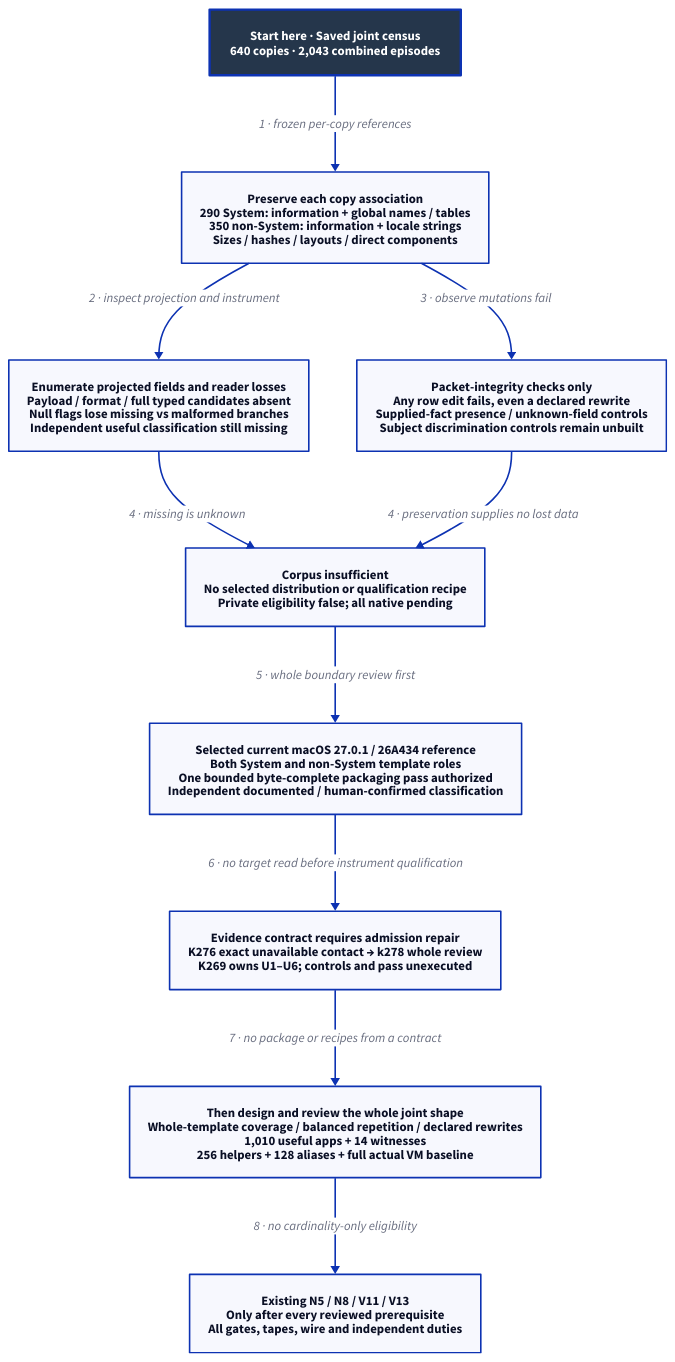
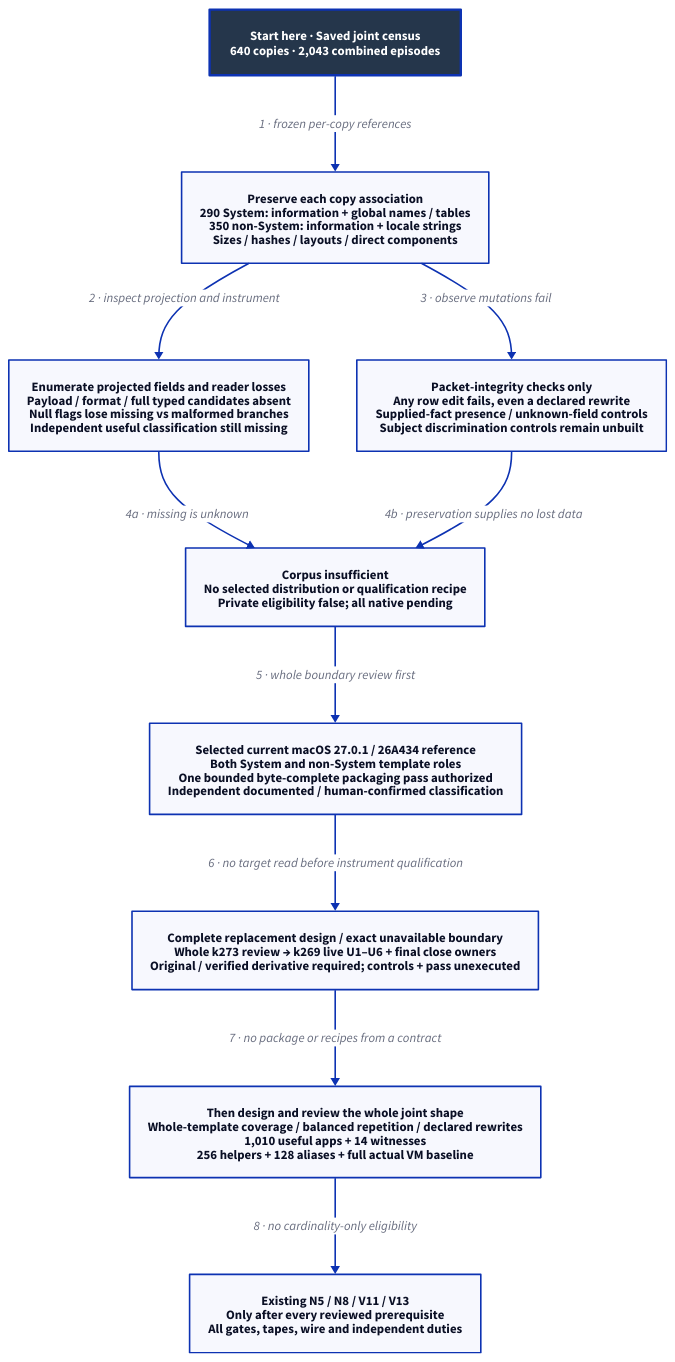
The diagram in docs/design/architecture/native-population-metadata-shape.d2 (Linkuistics/Koine), drawn with D2 before and after one commit. The commit also changed 48 other files, not shown here.

Commit message:
Reconcile complete reference admission design (reference-evidence-admission-reconciliation-k278, reference-evidence-admission-repair-k273)

```diff
--- a/docs/design/architecture/native-population-metadata-shape.d2
+++ b/docs/design/architecture/native-population-metadata-shape.d2
@@ -1,23 +1,23 @@
 # Historical boundary and selected current-reference requirements; no useful subject or native pass.
 direction: down
 classes: {
   start: {style: {fill: "#25364B"; font-color: "#FFFFFF"; bold: true; stroke-width: 3}}
 }
 Start: "Start here · Saved joint census\n640 copies · 2,043 combined episodes" {class: start}
 Known: "Preserve each copy association\n290 System: information + global names / tables\n350 non-System: information + locale strings\nSizes / hashes / layouts / direct components"
 Missing: "Enumerate projected fields and reader losses\nPayload / format / full typed candidates absent\nNull flags lose missing vs malformed branches\nIndependent useful classification still missing"
 Control: "Packet-integrity checks only\nAny row edit fails, even a declared rewrite\nSupplied-fact presence / unknown-field controls\nSubject discrimination controls remain unbuilt"
 Boundary: "Corpus insufficient\nNo selected distribution or qualification recipe\nPrivate eligibility false; all native pending"
 Decision: "Selected current macOS 27.0.1 / 26A434 reference\nBoth System and non-System template roles\nOne bounded byte-complete packaging pass authorized\nIndependent documented / human-confirmed classification"
-Contract: "Evidence contract requires admission repair\nK276 exact unavailable contact → k278 whole review\nK269 owns U1–U6; controls and pass unexecuted"
+Contract: "Complete replacement design / exact unavailable boundary\nWhole k273 review → k269 live U1–U6 + final close owners\nOriginal / verified derivative required; controls + pass unexecuted"
 Design: "Then design and review the whole joint shape\nWhole-template coverage / balanced repetition / declared rewrites\n1,010 useful apps + 14 witnesses\n256 helpers + 128 aliases + full actual VM baseline"
 Native: "Existing N5 / N8 / V11 / V13\nOnly after every reviewed prerequisite\nAll gates, tapes, wire and independent duties"
 Start -> Known: "1 · frozen per-copy references"
 Known -> Missing: "2 · inspect projection and instrument"
 Known -> Control: "3 · observe mutations fail"
-Missing -> Boundary: "4 · missing is unknown"
-Control -> Boundary: "4 · preservation supplies no lost data"
+Missing -> Boundary: "4a · missing is unknown"
+Control -> Boundary: "4b · preservation supplies no lost data"
 Boundary -> Decision: "5 · whole boundary review first"
 Decision -> Contract: "6 · no target read before instrument qualification"
 Contract -> Design: "7 · no package or recipes from a contract"
 Design -> Native: "8 · no cardinality-only eligibility"
```
